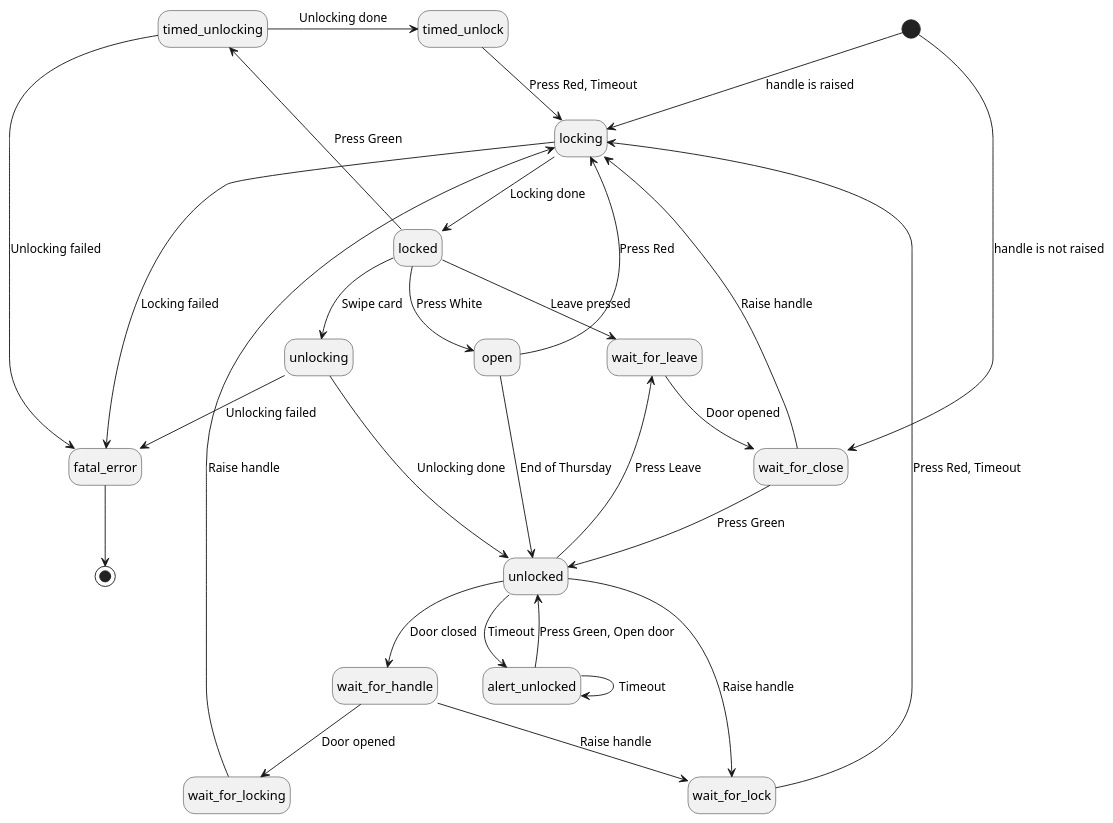
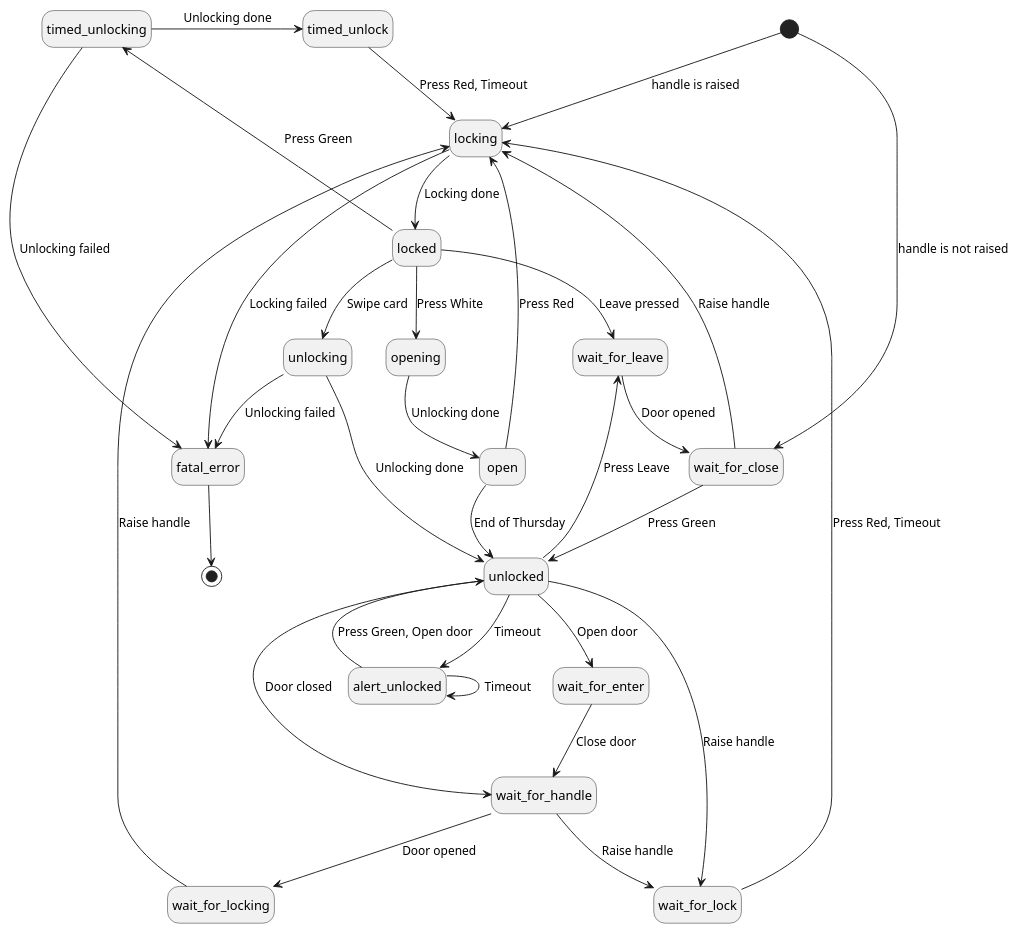
One commit to bullestock/acsv2 changed the diagram in ui/states.plantuml. Above: the diagram before and after it, drawn with PlantUML.

Commit message:
Add Thursday state; add 'wait for open' state after swipe.

```diff
--- a/ui/states.plantuml
+++ b/ui/states.plantuml
@@ -1,35 +1,38 @@
 @startuml
 hide empty description
 
 state "fatal_error" as fatal
 
 [*] --> locking: handle is raised
 [*] --> wait_for_close: handle is not raised
 locked --> unlocking: Swipe card
-locked --> open: Press White
+locked --> opening: Press White
+opening --> open: Unlocking done
 open --> locking: Press Red
 open --> unlocked: End of Thursday
 unlocking --> unlocked: Unlocking done
 unlocking --> fatal: Unlocking failed
 unlocked --> alert_unlocked: Timeout
+unlocked --> wait_for_enter: Open door
+wait_for_enter --> wait_for_handle: Close door
 alert_unlocked --> alert_unlocked: Timeout
 alert_unlocked --> unlocked: Press Green, Open door
 locked --> timed_unlocking: Press Green
 timed_unlocking -> timed_unlock: Unlocking done
 timed_unlocking --> fatal: Unlocking failed
 timed_unlock --> locking: Press Red, Timeout
 locking --> locked: Locking done
 locking --> fatal: Locking failed
 unlocked --> wait_for_lock: Raise handle
 locked --> wait_for_leave: Leave pressed
 wait_for_lock --> locking: Press Red, Timeout
 unlocked --> wait_for_handle: Door closed
 unlocked --> wait_for_leave: Press Leave
 wait_for_handle --> wait_for_locking: Door opened
 wait_for_handle --> wait_for_lock: Raise handle
 wait_for_locking --> locking: Raise handle
 wait_for_leave --> wait_for_close: Door opened
 wait_for_close --> locking: Raise handle
 wait_for_close --> unlocked: Press Green
 fatal --> [*]
 @enduml
```
